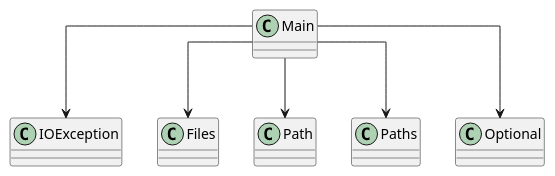
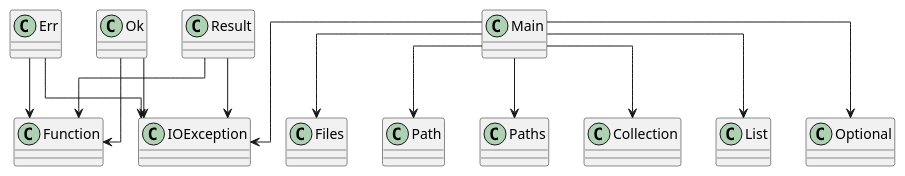
One commit to SirMathhman/Magma changed the diagram in diagram.puml. Above: the diagram before and after it, drawn with PlantUML. The commit also changed 4 other files, not shown here.

```diff
--- a/diagram.puml
+++ b/diagram.puml
@@ -1,10 +1,18 @@
 @startuml
 skinparam linetype ortho
 class Main
+Err --> IOException
+Err --> Function
 Main --> IOException
 Main --> Files
 Main --> Path
 Main --> Paths
+Main --> Collection
+Main --> List
 Main --> Optional
+Ok --> IOException
+Ok --> Function
+Result --> IOException
+Result --> Function
 
 @enduml
```
